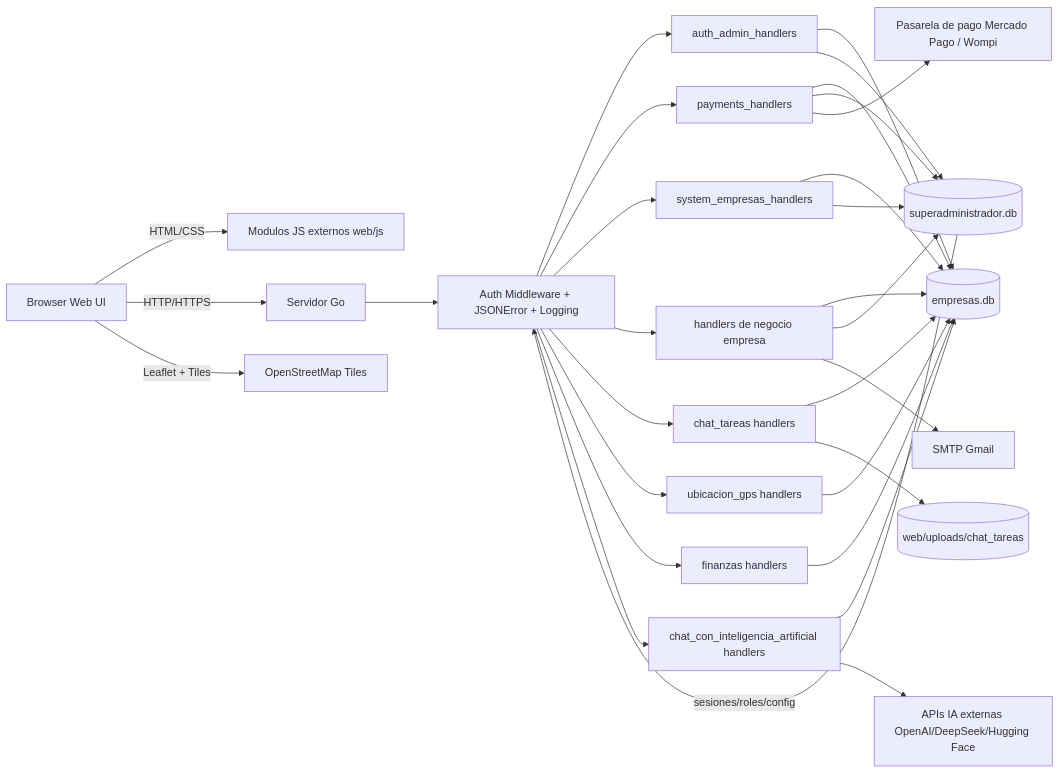
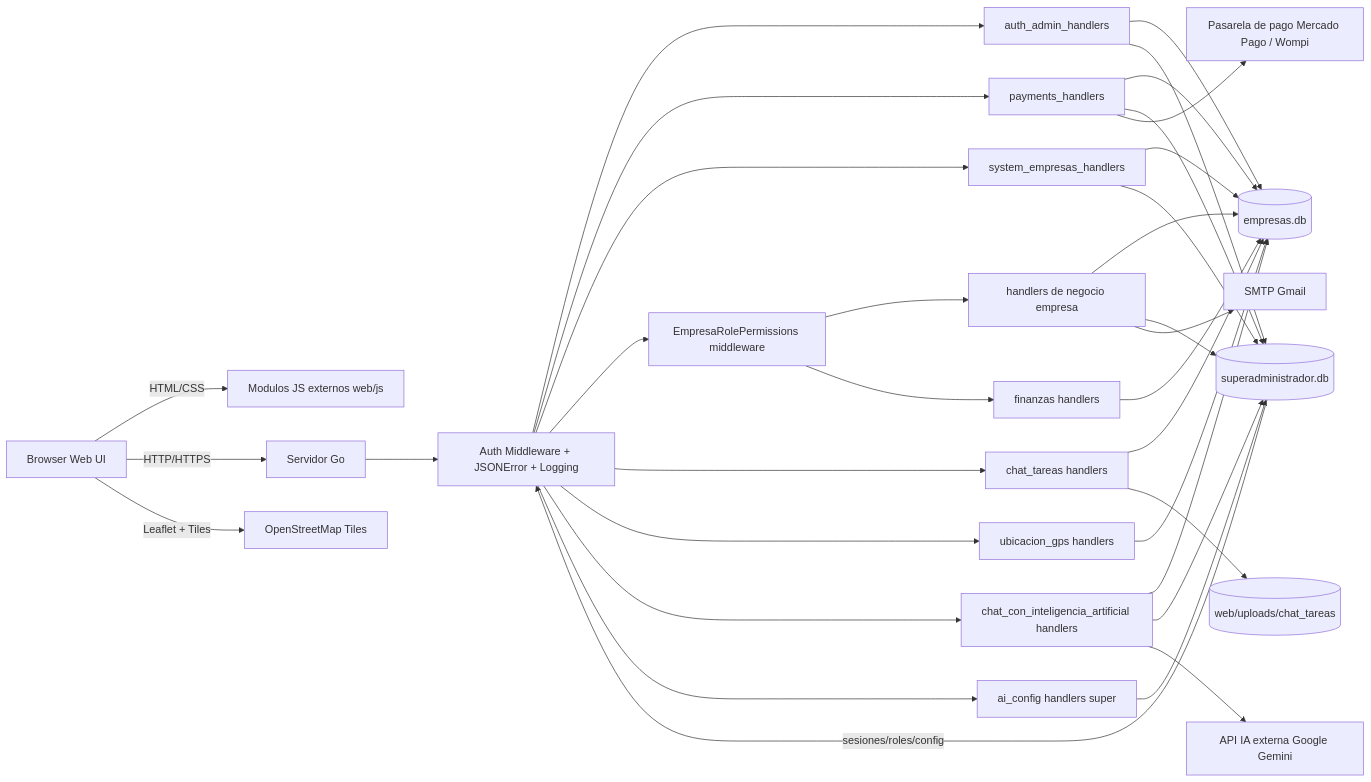
One commit to powerfulcontrolsystem1/powerfulcontrolsystem changed the diagram in documentos/diagramas/diagrama_arquitectura_sistema.md. Above: the diagram before and after it, drawn with Mermaid. The commit also changed other lines of this file and 26 other files, not shown here.

````diff
--- a/documentos/diagramas/diagrama_arquitectura_sistema.md
+++ b/documentos/diagramas/diagrama_arquitectura_sistema.md
@@ -5,55 +5,61 @@
 ```mermaid
 flowchart LR
     U[Browser Web UI]
     JS[Modulos JS externos web/js]
     S[Servidor Go]
     M[Auth Middleware + JSONError + Logging]
+    P[EmpresaRolePermissions middleware]
     H1[auth_admin_handlers]
     H2[payments_handlers]
     H3[system_empresas_handlers]
     H4[handlers de negocio empresa]
     H5[chat_tareas handlers]
     H6[ubicacion_gps handlers]
     H7[finanzas handlers]
     H8[chat_con_inteligencia_artificial handlers]
+    H9[ai_config handlers super]
     DB1[(empresas.db)]
     DB2[(superadministrador.db)]
     FS[(web/uploads/chat_tareas)]
     OSM[OpenStreetMap Tiles]
     SMTP[SMTP Gmail]
     MP[Pasarela de pago Mercado Pago / Wompi]
-    AI[APIs IA externas OpenAI/DeepSeek/Hugging Face]
+    AI[API IA externa Google Gemini]
 
     U -->|HTML/CSS| JS
     U -->|HTTP/HTTPS| S
     S --> M
     M --> H1
     M --> H2
     M --> H3
-    M --> H4
+    M --> P
+    P --> H4
     M --> H5
     M --> H6
-    M --> H7
+    P --> H7
     M --> H8
+    M --> H9
 
     U -->|Leaflet + Tiles| OSM
 
     H1 --> DB1
     H1 --> DB2
     H2 --> DB1
     H2 --> DB2
     H2 --> MP
     H3 --> DB1
     H3 --> DB2
     H4 --> DB1
     H4 --> DB2
     H4 --> SMTP
     H5 --> DB1
     H5 --> FS
     H6 --> DB1
     H7 --> DB1
     H8 --> DB1
+    H8 --> DB2
+    H9 --> DB2
     H8 --> AI
 
     DB2 -->|sesiones/roles/config| M
 ```
````
